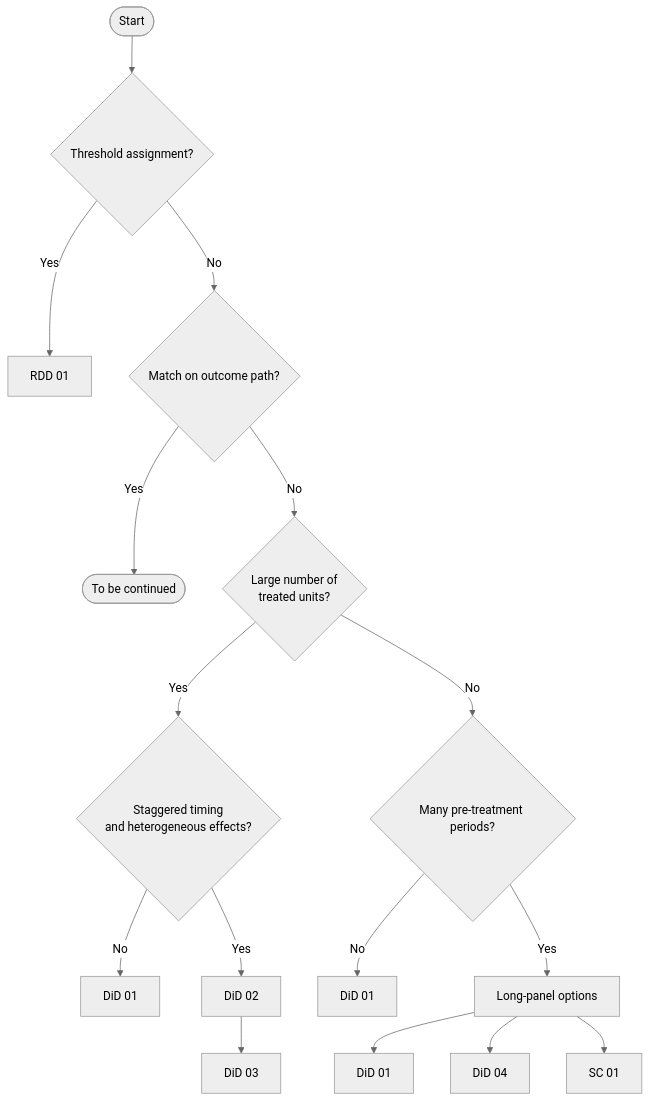
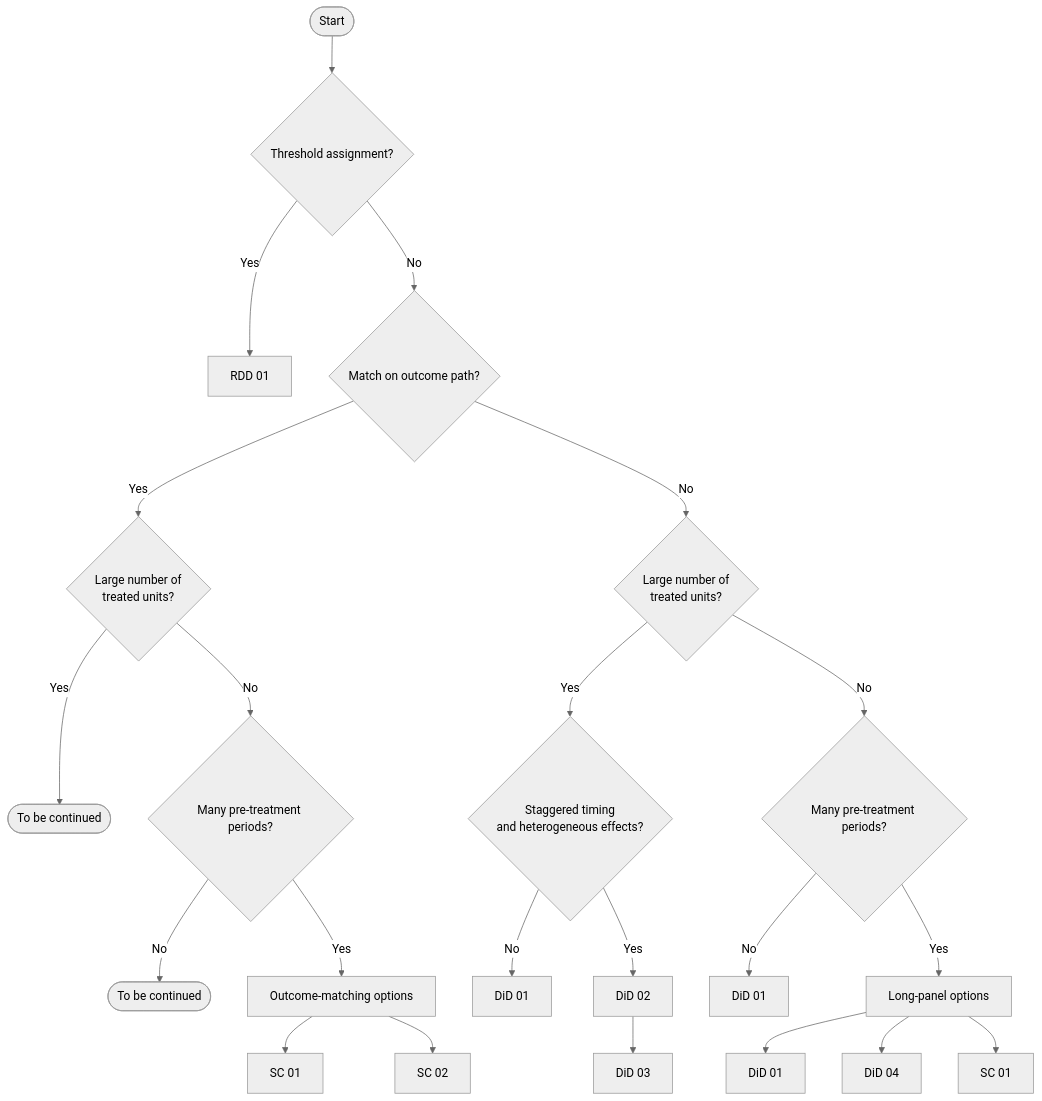
Before and after one commit to caresiri/Quasi-Experimental-Methods: the diagram in README.md, drawn with Mermaid (neutral theme). The commit also changed other lines of this file and 1 other file, not shown here.

Commit message:
Add Bayesian synthetic control notebook

````diff
--- a/README.md
+++ b/README.md
@@ -63,32 +67,40 @@
 ```mermaid
 flowchart TB
     A([Start]) --> B{Threshold assignment?}
     B -->|Yes| RDD["RDD 01"]
     B -->|No| C{Match on outcome path?}
 
-    C -->|Yes| TBC([To be continued])
+    C -->|Yes| O{Large number of<br/>treated units?}
     C -->|No| D{Large number of<br/>treated units?}
+
+    O -->|Yes| TBC1([To be continued])
+    O -->|No| P{Many pre-treatment periods?}
+    P -->|No| TBC2([To be continued])
+    P -->|Yes| M[Outcome-matching options]
+    M --> SC1["SC 01"]
+    M --> SC2["SC 02"]
 
     D -->|Yes| E{Staggered timing<br/>and heterogeneous effects?}
     D -->|No| F{Many pre-treatment periods?}
 
     E -->|No| DID1A["DiD 01"]
     E -->|Yes| DID2["DiD 02"]
     DID2 --> DID3["DiD 03"]
 
     F -->|No| DID1B["DiD 01"]
     F -->|Yes| L[Long-panel options]
 
     L --> DID1C["DiD 01"]
     L --> DID4["DiD 04"]
     L --> SC["SC 01"]
 
     click RDD href "https://github.com/caresiri/Quasi-Experimental-Methods/blob/main/Regression-Discontinuity/01_vanilla_rdd_marketing.ipynb" "Open notebook"
     click DID1A href "https://github.com/caresiri/Quasi-Experimental-Methods/blob/main/Differences-in-Differences/01_vanilla_did_marketing.ipynb" "Open notebook"
     click DID1B href "https://github.com/caresiri/Quasi-Experimental-Methods/blob/main/Differences-in-Differences/01_vanilla_did_marketing.ipynb" "Open notebook"
     click DID1C href "https://github.com/caresiri/Quasi-Experimental-Methods/blob/main/Differences-in-Differences/01_vanilla_did_marketing.ipynb" "Open notebook"
     click DID2 href "https://github.com/caresiri/Quasi-Experimental-Methods/blob/main/Differences-in-Differences/02_multi_period_did_callaway_santanna_marketing.ipynb" "Open notebook"
     click DID3 href "https://github.com/caresiri/Quasi-Experimental-Methods/blob/main/Differences-in-Differences/03_multi_period_did_heter_effects_sun_abraham.ipynb" "Open notebook"
     click DID4 href "https://github.com/caresiri/Quasi-Experimental-Methods/blob/main/Differences-in-Differences/04_synthetic_difference_in_differences_arkhangelsky_et_al_marketing.ipynb" "Open notebook"
-    click SC href "https://github.com/caresiri/Quasi-Experimental-Methods/blob/main/Synthetic%20Controls/01_synthetic_control_marketing.ipynb" "Open notebook"
+    click SC1 href "https://github.com/caresiri/Quasi-Experimental-Methods/blob/main/Synthetic%20Controls/01_synthetic_control_marketing.ipynb" "Open notebook"
+    click SC2 href "https://github.com/caresiri/Quasi-Experimental-Methods/blob/main/Synthetic%20Controls/02_bayesian_synthetic_control_marketing.ipynb" "Open notebook"
 ```
````
